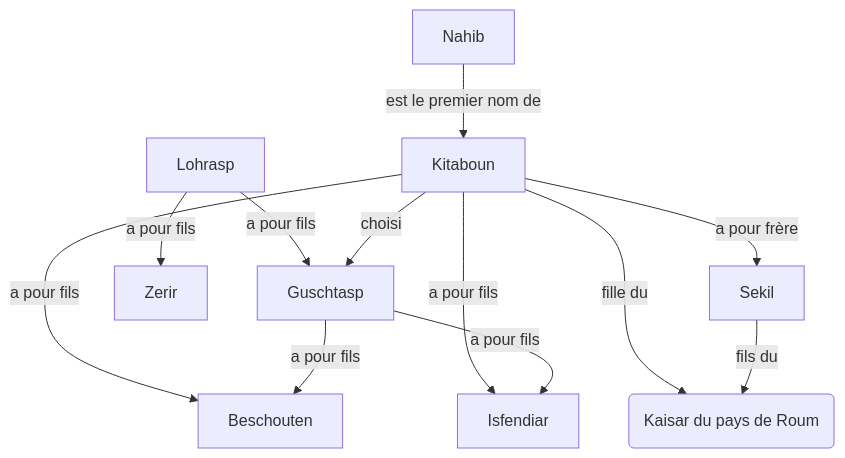
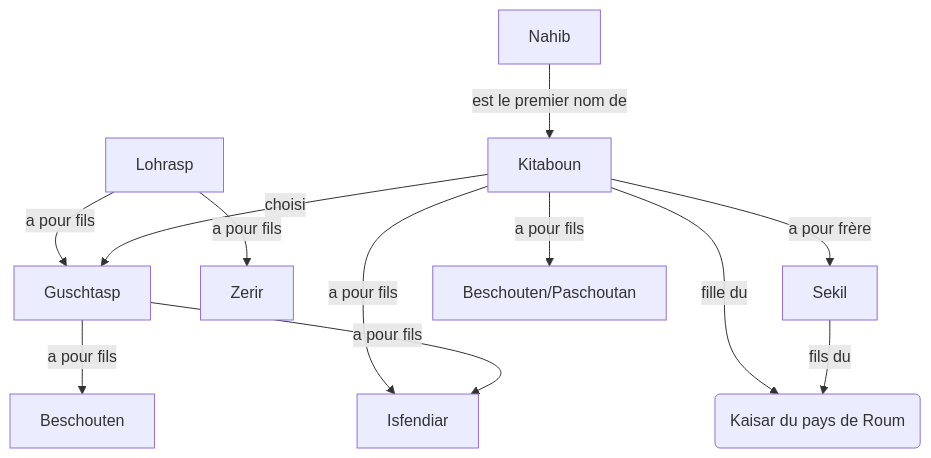
The diagram in src/graphs/lohrasp/lohrasp.mmd (hdorgeval/le-livre-des-rois), drawn with Mermaid before and after one commit. The commit also changed 1 other file, not shown here.

```diff
--- a/src/graphs/lohrasp/lohrasp.mmd
+++ b/src/graphs/lohrasp/lohrasp.mmd
@@ -1,12 +1,12 @@
 graph TD
 Lohrasp --a pour fils--> Guschtasp
 Lohrasp --a pour fils--> Zerir
 Nahib --est le premier nom de --> Kitaboun
 Kitaboun --choisi--> Guschtasp
 Kitaboun --fille du--> K(Kaisar du pays de Roum)
 Kitaboun --a pour frère--> Sekil
 Sekil --fils du--> K(Kaisar du pays de Roum)
-Kitaboun --a pour fils--> Beschouten
+Kitaboun --a pour fils--> Beschouten/Paschoutan
 Kitaboun --a pour fils--> Isfendiar
 Guschtasp --a pour fils--> Beschouten
 Guschtasp --a pour fils--> Isfendiar
```
